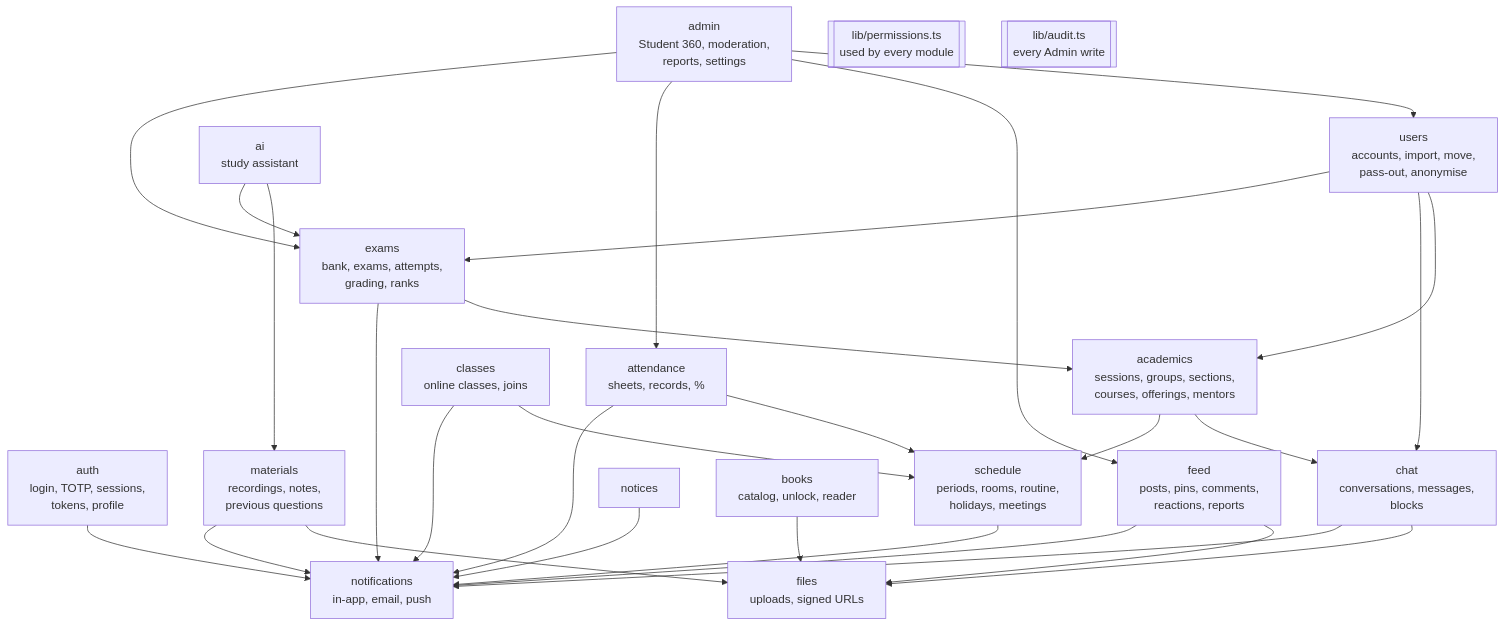
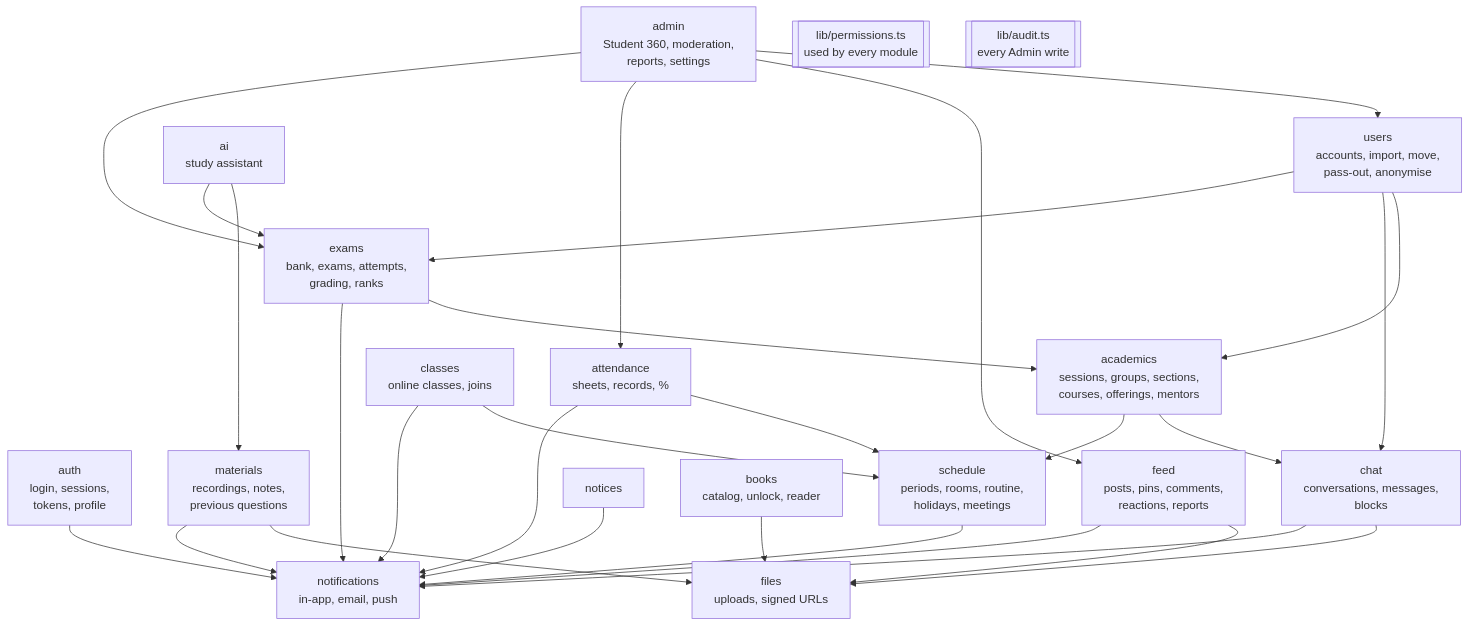
Before and after one commit to chinmoy567/College-Management: the fifth of 41 diagrams in docs/architecture.md, drawn with Mermaid. The commit also changed other lines of this file and 7 other files, not shown here.

Commit message:
docs: remove Admin TOTP from implementation plans, architecture diagrams (request pipeline, login sequence, session states, security, entity fields) and tech stack (otplib row)

````diff
--- a/docs/architecture.md
+++ b/docs/architecture.md
@@ -239,50 +239,50 @@
 ```mermaid
 flowchart TB
-    auth["auth<br/>login, TOTP, sessions,<br/>tokens, profile"]
+    auth["auth<br/>login, sessions,<br/>tokens, profile"]
     users["users<br/>accounts, import, move,<br/>pass-out, anonymise"]
     academics["academics<br/>sessions, groups, sections,<br/>courses, offerings, mentors"]
     schedule["schedule<br/>periods, rooms, routine,<br/>holidays, meetings"]
     attendance["attendance<br/>sheets, records, %"]
     classes["classes<br/>online classes, joins"]
     materials["materials<br/>recordings, notes,<br/>previous questions"]
     exams["exams<br/>bank, exams, attempts,<br/>grading, ranks"]
     feed["feed<br/>posts, pins, comments,<br/>reactions, reports"]
     chat["chat<br/>conversations, messages,<br/>blocks"]
     notices["notices"]
     notifications["notifications<br/>in-app, email, push"]
     books["books<br/>catalog, unlock, reader"]
     ai["ai<br/>study assistant"]
     admin["admin<br/>Student 360, moderation,<br/>reports, settings"]
     files["files<br/>uploads, signed URLs"]
 
     users --> academics
     users --> chat
     academics --> chat
     academics --> schedule
     schedule --> notifications
     attendance --> schedule
     attendance --> notifications
     classes --> schedule
     classes --> notifications
     materials --> files
     materials --> notifications
     exams --> academics
     exams --> notifications
     feed --> files
     feed --> notifications
     chat --> files
     chat --> notifications
     notices --> notifications
     books --> files
     ai --> materials
     ai --> exams
     admin --> users
     admin --> feed
     admin --> attendance
     admin --> exams
     users --> exams
     auth --> notifications
 
     perms[["lib/permissions.ts<br/>used by every module"]]
     audit[["lib/audit.ts<br/>every Admin write"]]
 ```
````
